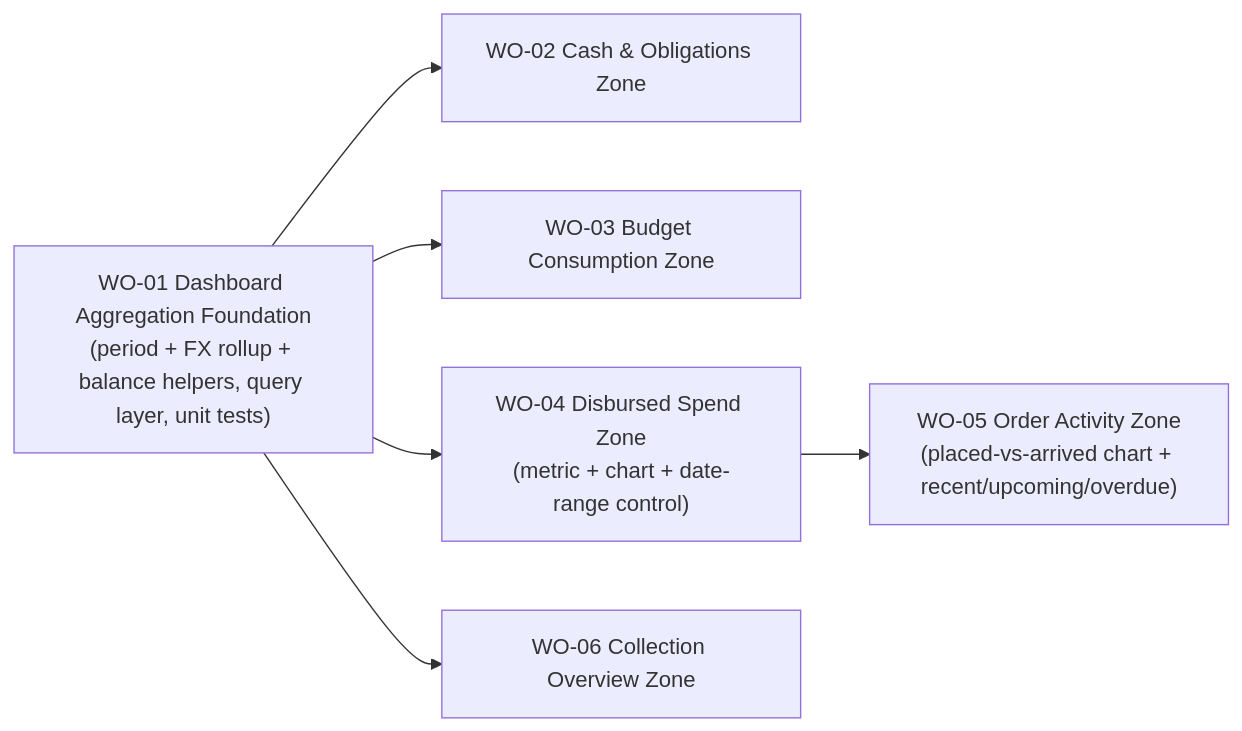
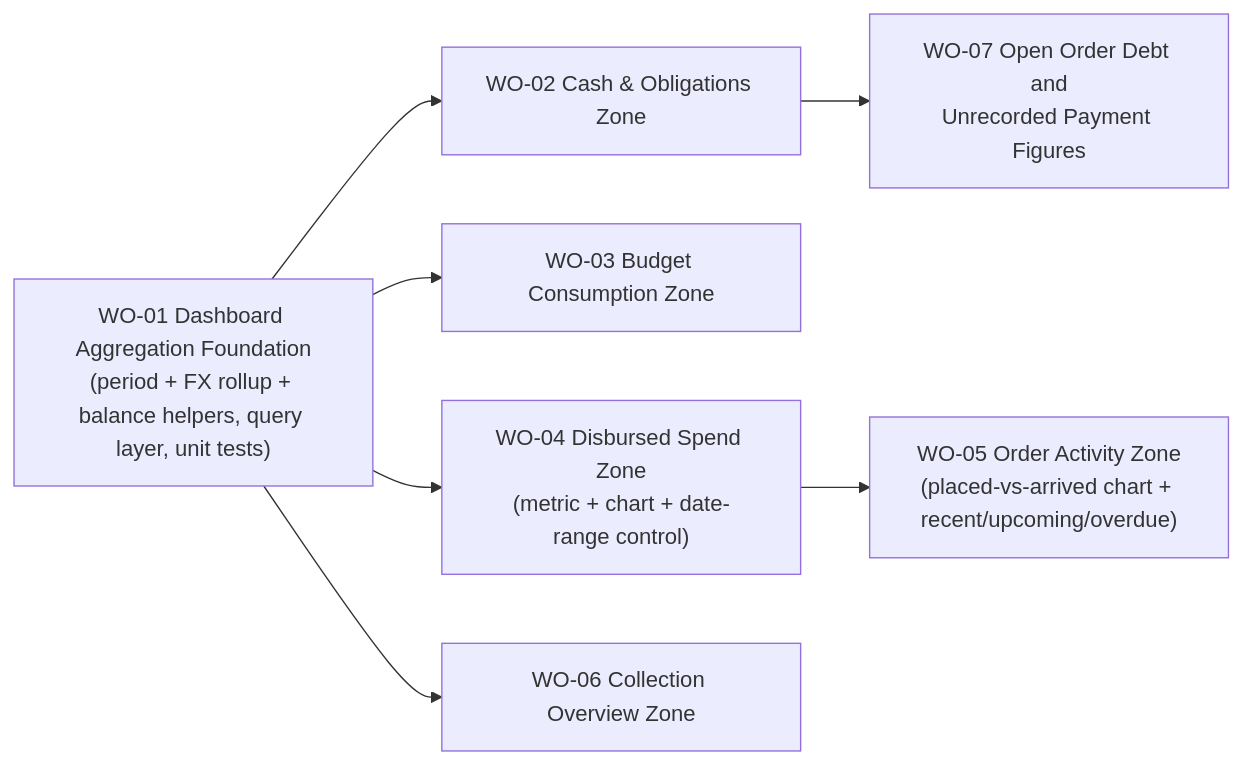
The diagram in docs/product/prd-02-collector-app/frd-06-dashboard/bp-01-dashboard-aggregation-and-surface/bp-01-dashboard-aggregation-and-surface.md (MineiToshio/PandaTrack), drawn with Mermaid before and after one commit. The commit also changed other lines of this file and 184 other files, not shown here.

````diff
--- a/docs/product/prd-02-collector-app/frd-06-dashboard/bp-01-dashboard-aggregation-and-surface/bp-01-dashboard-aggregation-and-surface.md
+++ b/docs/product/prd-02-collector-app/frd-06-dashboard/bp-01-dashboard-aggregation-and-surface/bp-01-dashboard-aggregation-and-surface.md
@@ -103,15 +112,17 @@
 ```mermaid
 flowchart LR
   WO01["WO-01 Dashboard Aggregation Foundation<br/>(period + FX rollup + balance helpers, query layer, unit tests)"]
   WO02["WO-02 Cash & Obligations Zone"]
   WO03["WO-03 Budget Consumption Zone"]
   WO04["WO-04 Disbursed Spend Zone<br/>(metric + chart + date-range control)"]
   WO05["WO-05 Order Activity Zone<br/>(placed-vs-arrived chart + recent/upcoming/overdue)"]
   WO06["WO-06 Collection Overview Zone"]
+  WO07["WO-07 Open Order Debt and<br/>Unrecorded Payment Figures"]
 
   WO01 --> WO02
   WO01 --> WO03
   WO01 --> WO04
   WO01 --> WO06
   WO04 --> WO05
+  WO02 --> WO07
 ```
````
